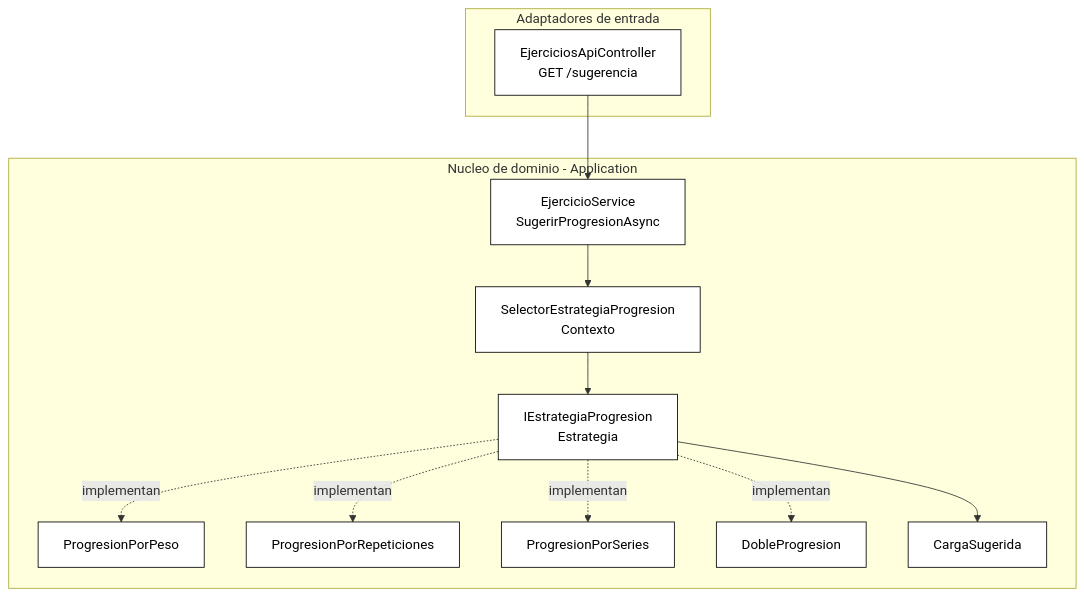
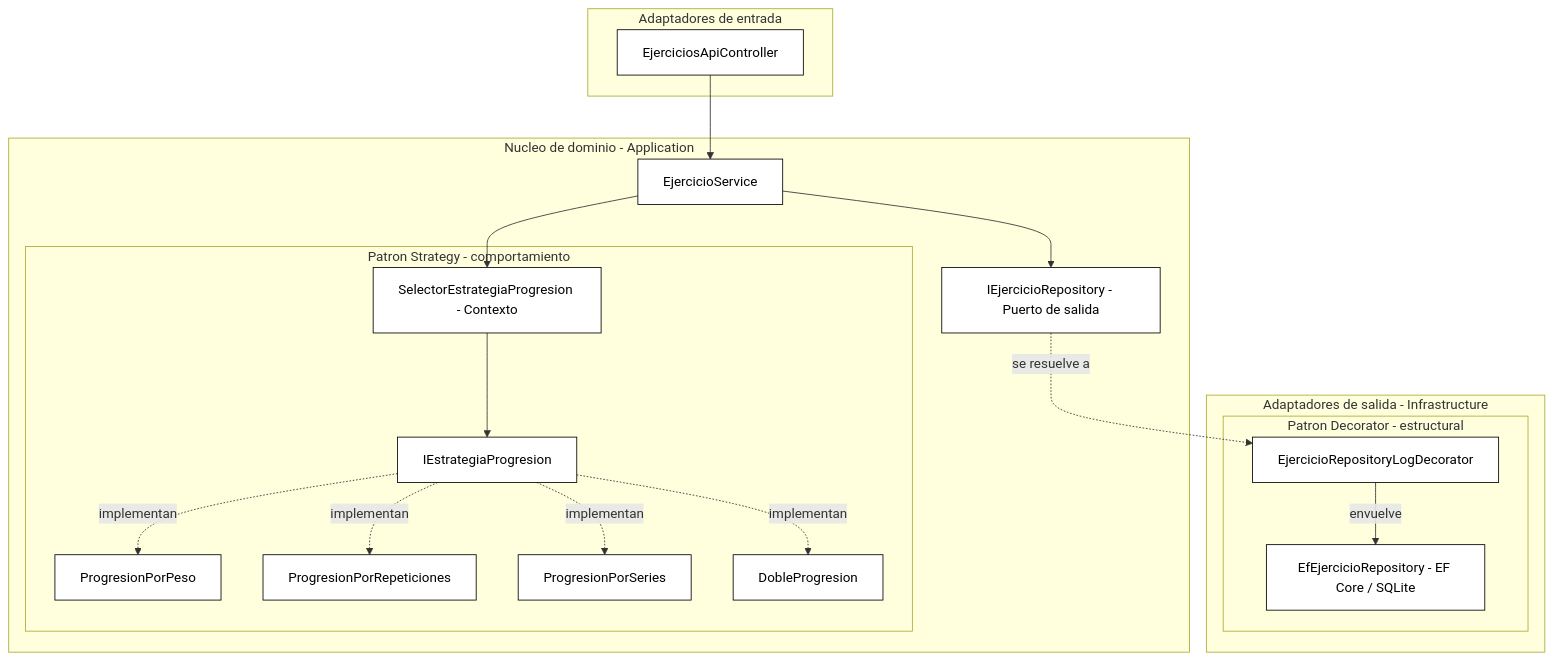
The diagram in docs/adr/ADR-04-Patrones-GoF.md (Josspoot/OverLoad), drawn with Mermaid before and after one commit. The commit also changed other lines of this file and 1 other file, not shown here.

Commit message:
docs: ampliar ADR-04 con Strategy y Decorator (2 patrones GoF) y actualizar README

````diff
--- a/docs/adr/ADR-04-Patrones-GoF.md
+++ b/docs/adr/ADR-04-Patrones-GoF.md
@@ -84,28 +110,42 @@
 ```mermaid
 graph TD
     classDef default fill:#ffffff,stroke:#000000,stroke-width:1px,color:#000000;
 
-    subgraph Adaptadores_Entrada [Adaptadores de entrada]
-        Api[EjerciciosApiController\nGET /sugerencia]
+    subgraph Entrada [Adaptadores de entrada]
+        Api[EjerciciosApiController]
     end
 
     subgraph Nucleo [Nucleo de dominio - Application]
-        Service[EjercicioService\nSugerirProgresionAsync]
-        Selector[SelectorEstrategiaProgresion\nContexto]
-        IStrat[IEstrategiaProgresion\nEstrategia]
-        Peso[ProgresionPorPeso]
-        Reps[ProgresionPorRepeticiones]
-        Series[ProgresionPorSeries]
-        Doble[DobleProgresion]
-        Result[CargaSugerida]
+        Service[EjercicioService]
+
+        subgraph Strategy [Patron Strategy - comportamiento]
+            Selector[SelectorEstrategiaProgresion - Contexto]
+            IStrat[IEstrategiaProgresion]
+            Peso[ProgresionPorPeso]
+            Reps[ProgresionPorRepeticiones]
+            Series[ProgresionPorSeries]
+            Doble[DobleProgresion]
+        end
+
+        IRepo[IEjercicioRepository - Puerto de salida]
+    end
+
+    subgraph Salida [Adaptadores de salida - Infrastructure]
+        subgraph Decorator [Patron Decorator - estructural]
+            Deco[EjercicioRepositoryLogDecorator]
+            Ef[EfEjercicioRepository - EF Core / SQLite]
+        end
     end
 
     Api --> Service
     Service --> Selector
     Selector --> IStrat
     IStrat -.implementan.-> Peso
     IStrat -.implementan.-> Reps
     IStrat -.implementan.-> Series
     IStrat -.implementan.-> Doble
-    IStrat --> Result
+
+    Service --> IRepo
+    IRepo -.se resuelve a.-> Deco
+    Deco -->|envuelve| Ef
 ```
````
